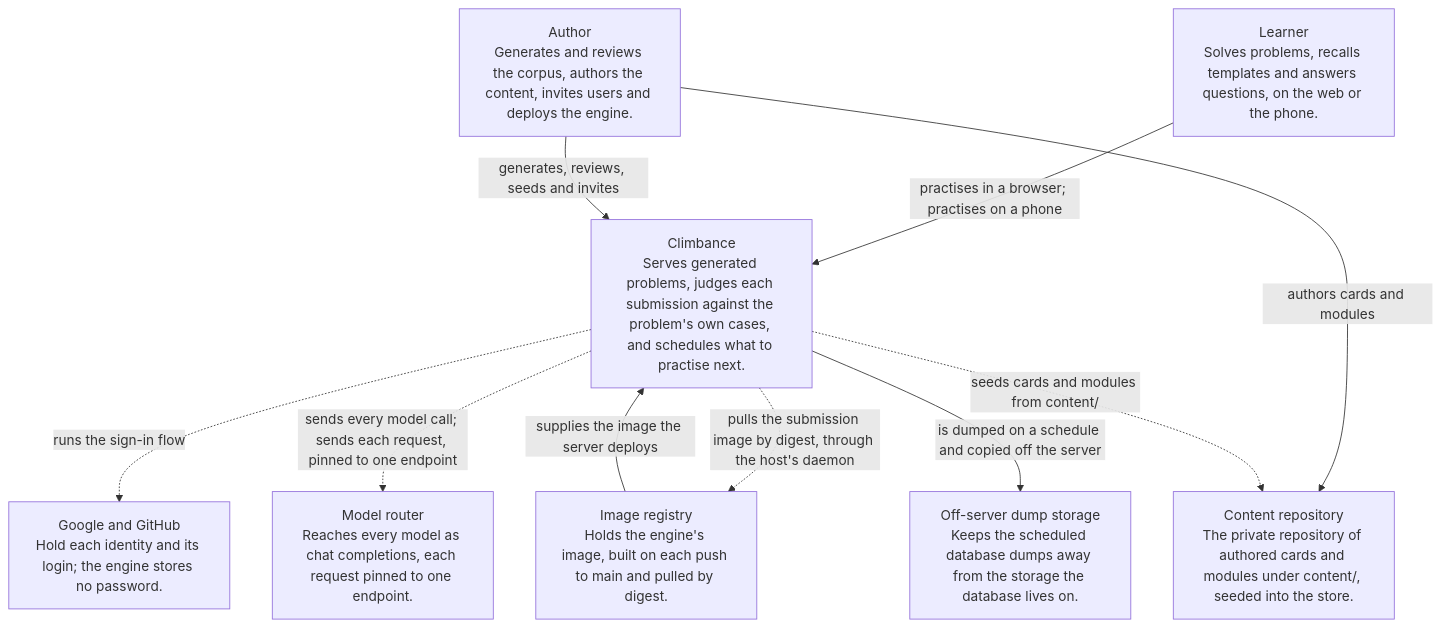
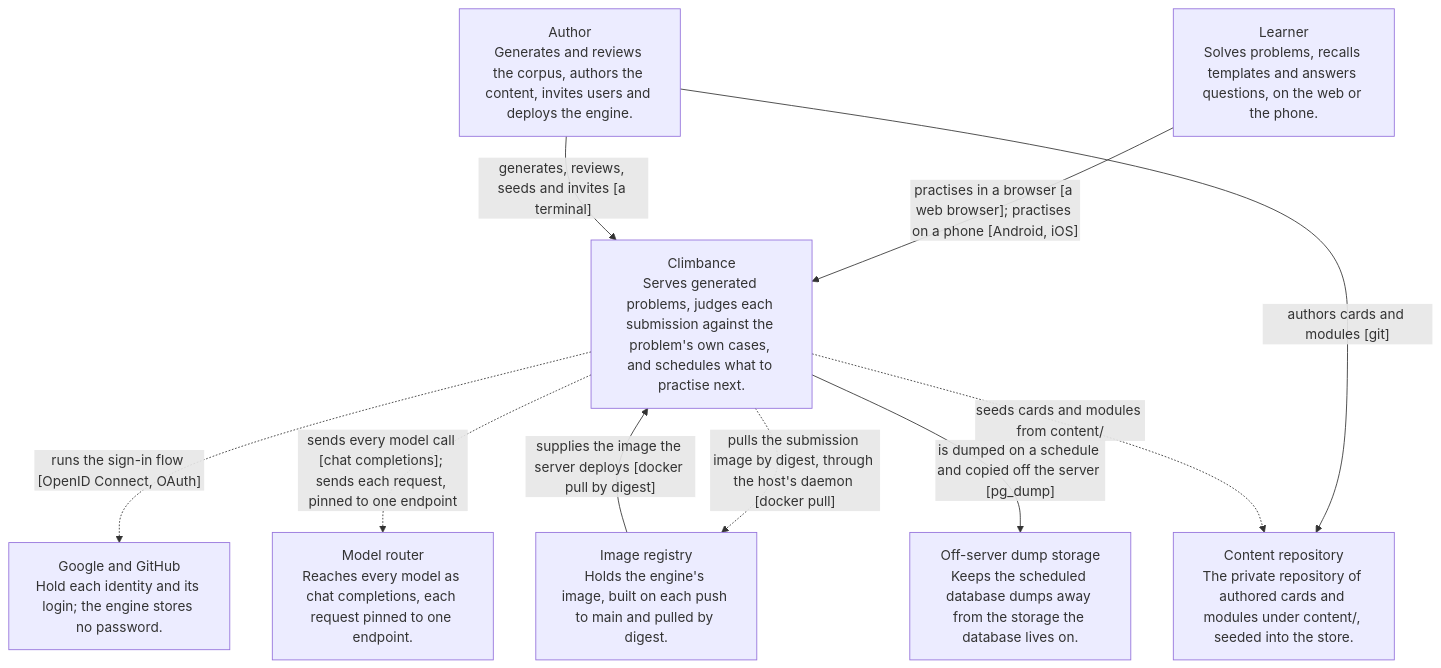
The first of 4 diagrams in docs/architecture/README.md (climbance/climbance), drawn with Mermaid before and after one commit. The commit also changed other lines of this file and 6 other files, not shown here.

Commit message:
feat(model): show each technology on its arrow

````diff
--- a/docs/architecture/README.md
+++ b/docs/architecture/README.md
@@ -15,20 +15,20 @@
 ```mermaid
 flowchart TB
     engine["Climbance<br/>Serves generated problems, judges each submission against the problem's own cases, and schedules what to practise next."]
     learner["Learner<br/>Solves problems, recalls templates and answers questions, on the web or the phone."]
     author["Author<br/>Generates and reviews the corpus, authors the content, invites users and deploys the engine."]
     identity_providers["Google and GitHub<br/>Hold each identity and its login; the engine stores no password."]
     model_router["Model router<br/>Reaches every model as chat completions, each request pinned to one endpoint."]
     content_repo["Content repository<br/>The private repository of authored cards and modules under content/, seeded into the store."]
     image_registry["Image registry<br/>Holds the engine's image, built on each push to main and pulled by digest."]
     offsite_dumps["Off-server dump storage<br/>Keeps the scheduled database dumps away from the storage the database lives on."]
-    learner -->|"practises in a browser; practises on a phone"| engine
-    author -->|"generates, reviews, seeds and invites"| engine
-    author -->|"authors cards and modules"| content_repo
-    engine -.->|"runs the sign-in flow"| identity_providers
-    engine -.->|"pulls the submission image by digest, through the host's daemon"| image_registry
-    engine -.->|"sends every model call; sends each request, pinned to one endpoint"| model_router
+    learner -->|"practises in a browser [a web browser]; practises on a phone [Android, iOS]"| engine
+    author -->|"generates, reviews, seeds and invites [a terminal]"| engine
+    author -->|"authors cards and modules [git]"| content_repo
+    engine -.->|"runs the sign-in flow [OpenID Connect, OAuth]"| identity_providers
+    engine -.->|"pulls the submission image by digest, through the host's daemon [docker pull]"| image_registry
+    engine -.->|"sends every model call [chat completions]; sends each request, pinned to one endpoint"| model_router
     engine -.->|"seeds cards and modules from content/"| content_repo
-    image_registry -->|"supplies the image the server deploys"| engine
-    engine -->|"is dumped on a schedule and copied off the server"| offsite_dumps
+    image_registry -->|"supplies the image the server deploys [docker pull by digest]"| engine
+    engine -->|"is dumped on a schedule and copied off the server [pg_dump]"| offsite_dumps
 ```
````
